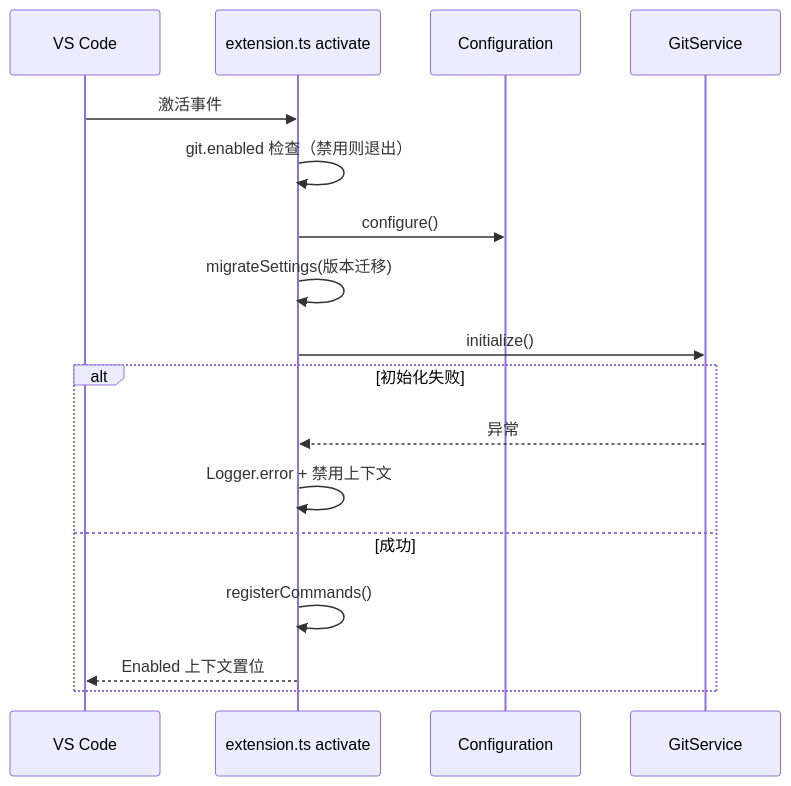
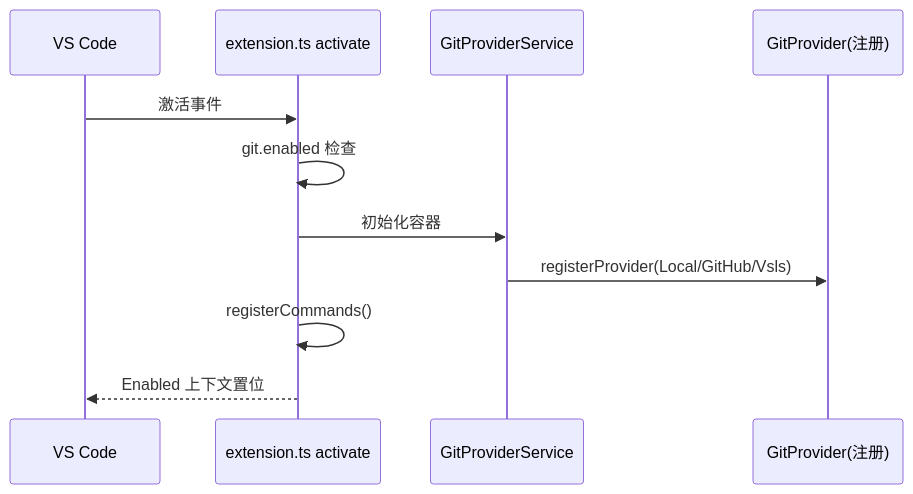
The seventh of 10 diagrams in domain/software_analysis/vscode_gitlens.analysis.md (PirsLee/documents), drawn with Mermaid before and after one commit. The commit also changed other lines of this file, not shown here.

````diff
--- a/domain/software_analysis/vscode_gitlens.analysis.md
+++ b/domain/software_analysis/vscode_gitlens.analysis.md
@@ -365,19 +443,13 @@
 ```mermaid
 sequenceDiagram
     participant VS as VS Code
     participant EX as extension.ts activate
-    participant CFG as Configuration
-    participant SVC as GitService
+    participant SVC as GitProviderService
+    participant P as GitProvider(注册)
     VS->>EX: 激活事件
-    EX->>EX: git.enabled 检查（禁用则退出）
-    EX->>CFG: configure()
-    EX->>EX: migrateSettings(版本迁移)
-    EX->>SVC: initialize()
-    alt 初始化失败
-        SVC-->>EX: 异常
-        EX->>EX: Logger.error + 禁用上下文
-    else 成功
-        EX->>EX: registerCommands()
-        EX-->>VS: Enabled 上下文置位
-    end
+    EX->>EX: git.enabled 检查
+    EX->>SVC: 初始化容器
+    SVC->>P: registerProvider(Local/GitHub/Vsls)
+    EX->>EX: registerCommands()
+    EX-->>VS: Enabled 上下文置位
 ```
````
